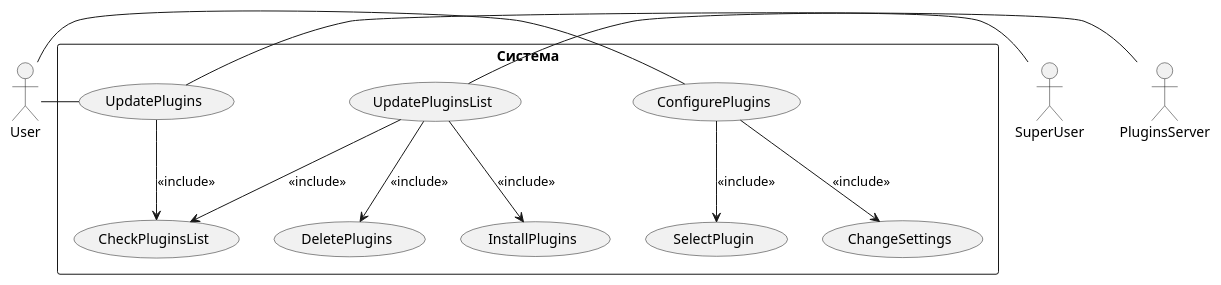
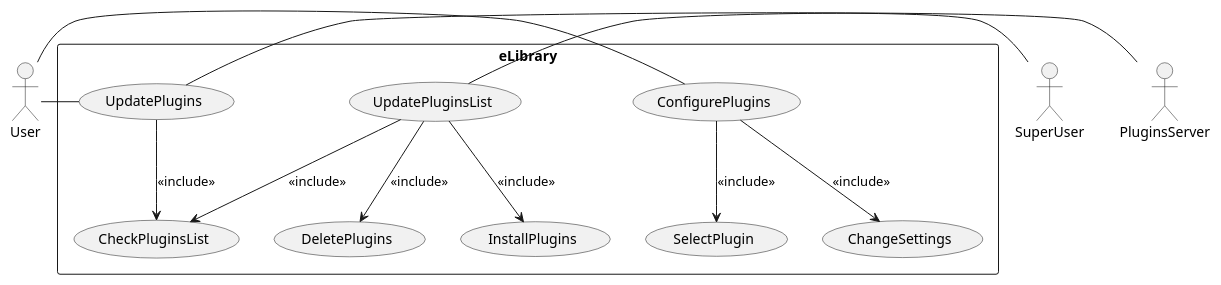
The diagram in lab4/5.puml (lisisisan/CASE-2024), drawn with PlantUML before and after one commit. The commit also changed 6 other files, not shown here.

```diff
--- a/lab4/5.puml
+++ b/lab4/5.puml
@@ -1,22 +1,22 @@
 @startuml
 actor User
 actor SuperUser
 actor PluginsServer
 
-rectangle "Система" {
+rectangle "eLibrary" {
     User - (ConfigurePlugins)
     User - (UpdatePlugins)
     
     SuperUser - (UpdatePluginsList)
 
     PluginsServer - (UpdatePlugins)
 
     (ConfigurePlugins) --> (SelectPlugin) : <<include>>
     (ConfigurePlugins) --> (ChangeSettings) : <<include>>
     
     (UpdatePlugins) --> (CheckPluginsList) : <<include>>
     (UpdatePluginsList) --> (DeletePlugins) : <<include>>
     (UpdatePluginsList) --> (InstallPlugins) : <<include>>
     (UpdatePluginsList) --> (CheckPluginsList) : <<include>>
 }
 @enduml
```
